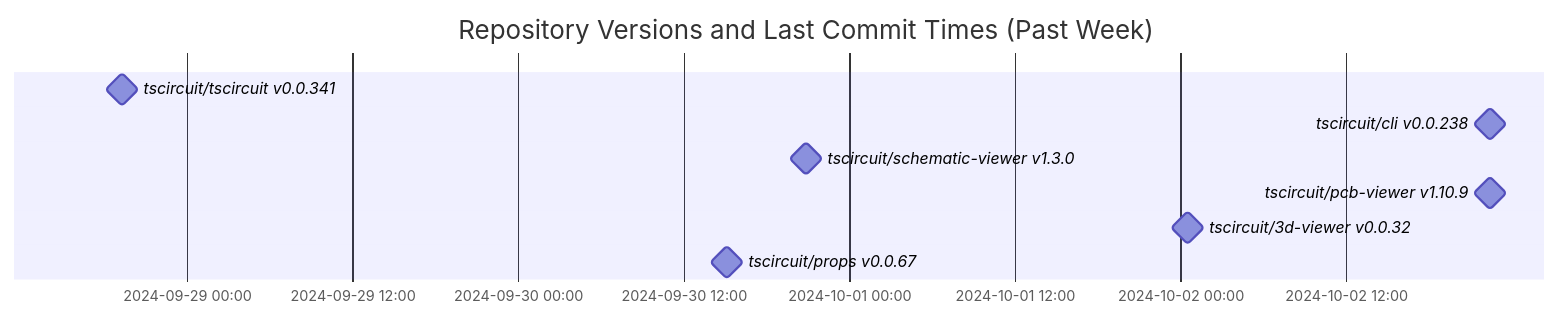
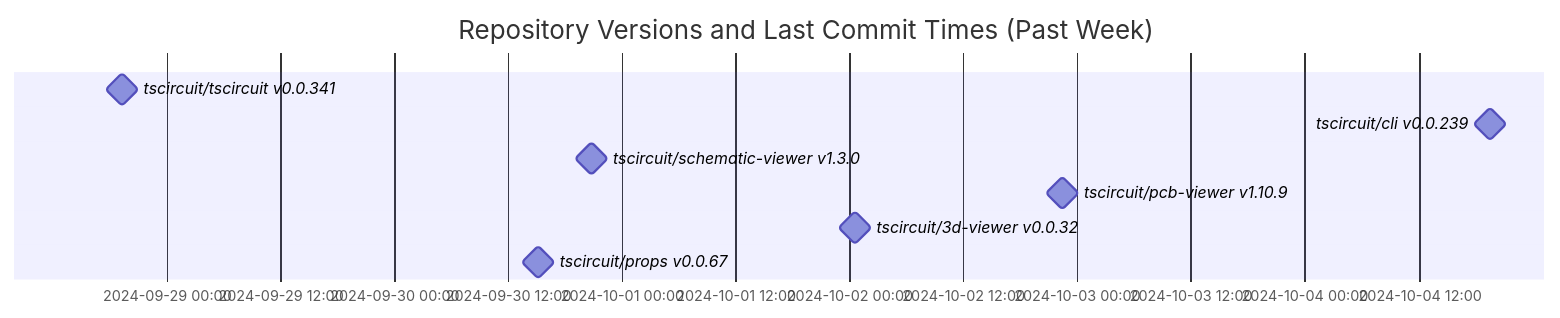
One commit to tscircuit/version-tracker changed the diagram in README.md. Above: the diagram before and after it, drawn with Mermaid.

Commit message:
Update chart

````diff
--- a/README.md
+++ b/README.md
@@ -1,13 +1,13 @@
 ```mermaid
 gantt
   dateFormat  YYYY-MM-DD HH:mm:ss
   title Repository Versions and Last Commit Times (Past Week)
   axisFormat %Y-%m-%d %H:%M
 
   tscircuit/tscircuit v0.0.341 : milestone, 2024-09-28 19:18:49, 1s
-  tscircuit/cli v0.0.238 : milestone, 2024-10-02 22:24:43, 1s
+  tscircuit/cli v0.0.239 : milestone, 2024-10-04 19:30:33, 1s
   tscircuit/schematic-viewer v1.3.0 : milestone, 2024-09-30 20:50:04, 1s
   tscircuit/pcb-viewer v1.10.9 : milestone, 2024-10-02 22:24:48, 1s
   tscircuit/3d-viewer v0.0.32 : milestone, 2024-10-02 00:30:55, 1s
   tscircuit/props v0.0.67 : milestone, 2024-09-30 15:06:17, 1s
 ```
````
